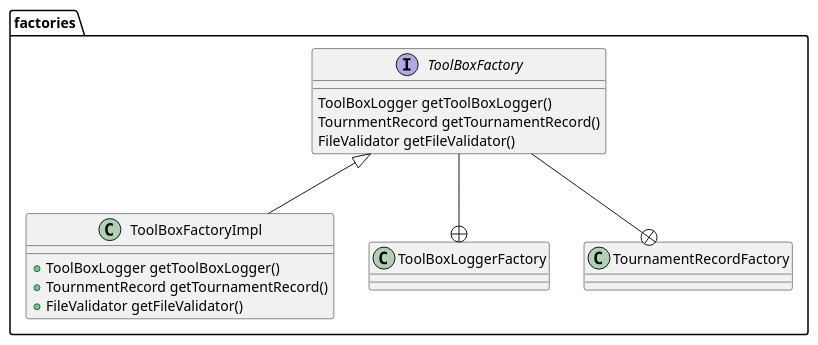
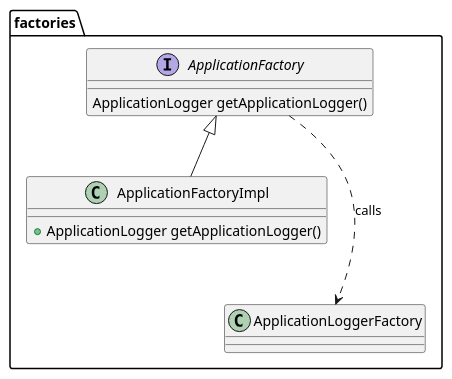
The diagram in src/main/resources/Diagrams/Factory.puml (carricksoft/Hansen), drawn with PlantUML before and after one commit. The commit also changed 41 other files, not shown here.

Commit message:
Copied ToolBox Logger to Hansen and the structure

```diff
--- a/src/main/resources/Diagrams/Factory.puml
+++ b/src/main/resources/Diagrams/Factory.puml
@@ -1,24 +1,19 @@
 @startuml
 
 package factories {
 
-interface ToolBoxFactory {
-ToolBoxLogger getToolBoxLogger()
-TournmentRecord getTournamentRecord()
-FileValidator getFileValidator()
+interface ApplicationFactory {
+ApplicationLogger getApplicationLogger()
 }
 
-class ToolBoxFactoryImpl {
-+ToolBoxLogger getToolBoxLogger()
-+TournmentRecord getTournamentRecord()
-+FileValidator getFileValidator()
+class ApplicationFactoryImpl {
++ApplicationLogger getApplicationLogger()
 }
 
-ToolBoxFactory <|-- ToolBoxFactoryImpl
+ApplicationFactory <|-- ApplicationFactoryImpl
 
-ToolBoxFactory --+ ToolBoxLoggerFactory
-ToolBoxFactory --+ TournamentRecordFactory
+ApplicationFactory ...> ApplicationLoggerFactory: calls
 
 }
 
 @enduml
```
